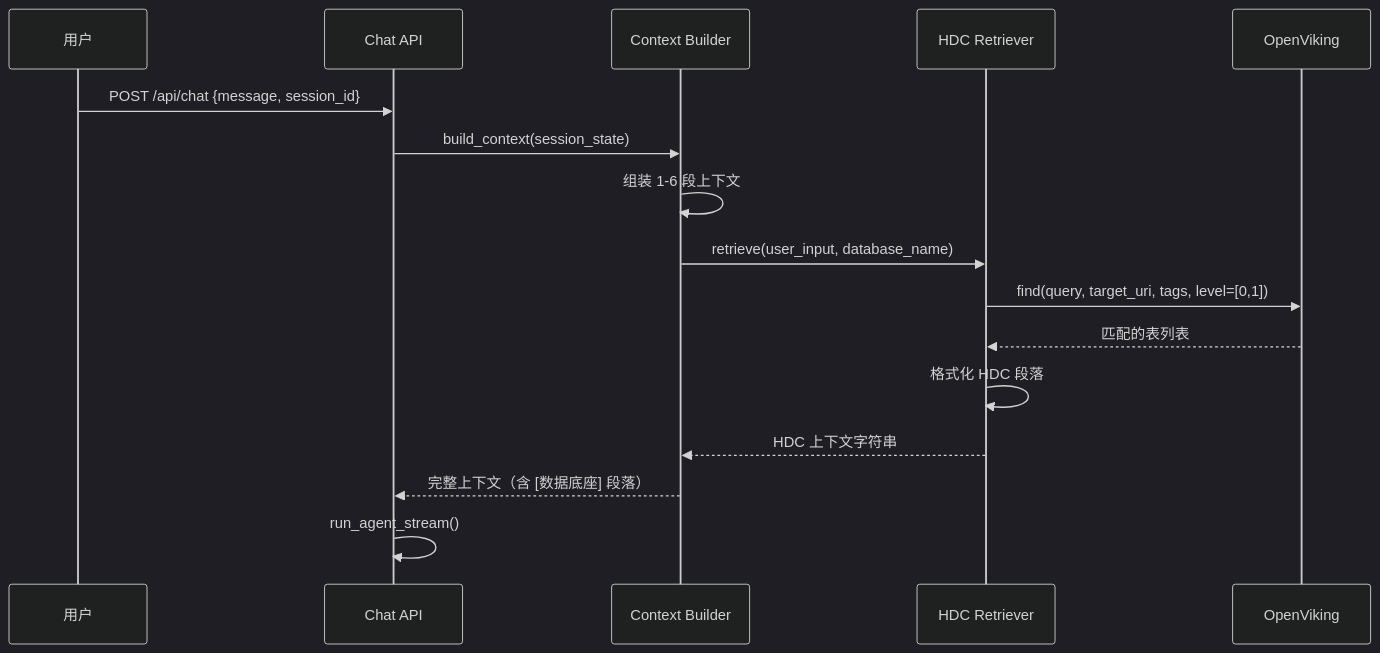
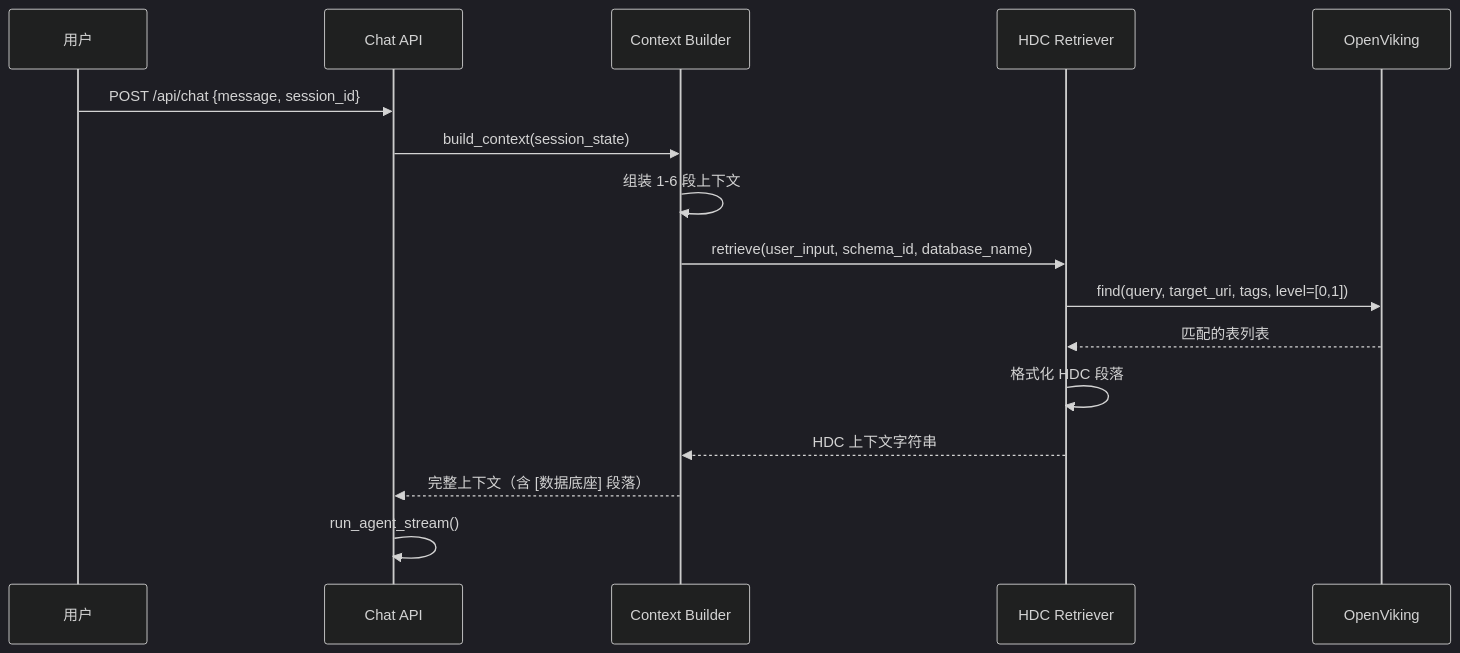
Before and after one commit to SSSSiren/DBAgent: the second of 3 diagrams in .kiro/specs/hdc-datavault-knowledge-base/design.md, drawn with Mermaid (dark theme). The commit also changed other lines of this file and 26 other files, not shown here.

````diff
--- a/.kiro/specs/hdc-datavault-knowledge-base/design.md
+++ b/.kiro/specs/hdc-datavault-knowledge-base/design.md
@@ -158,19 +158,19 @@
 ```mermaid
 sequenceDiagram
     participant User as 用户
     participant API as Chat API
     participant CB as Context Builder
     participant Retriever as HDC Retriever
     participant OV as OpenViking
 
     User->>API: POST /api/chat {message, session_id}
     API->>CB: build_context(session_state)
     CB->>CB: 组装 1-6 段上下文
-    CB->>Retriever: retrieve(user_input, database_name)
+    CB->>Retriever: retrieve(user_input, schema_id, database_name)
     Retriever->>OV: find(query, target_uri, tags, level=[0,1])
     OV-->>Retriever: 匹配的表列表
     Retriever->>Retriever: 格式化 HDC 段落
     Retriever-->>CB: HDC 上下文字符串
     CB-->>API: 完整上下文（含 [数据底座] 段落）
     API->>API: run_agent_stream()
 ```
````
